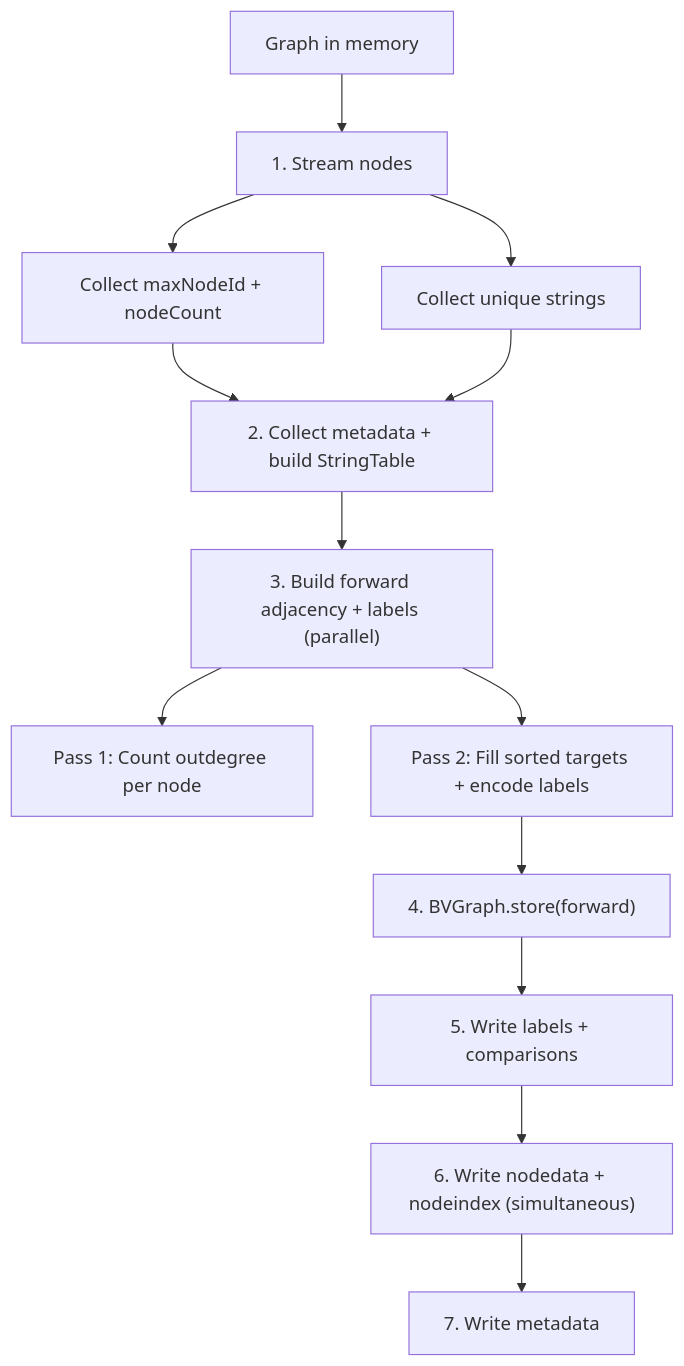
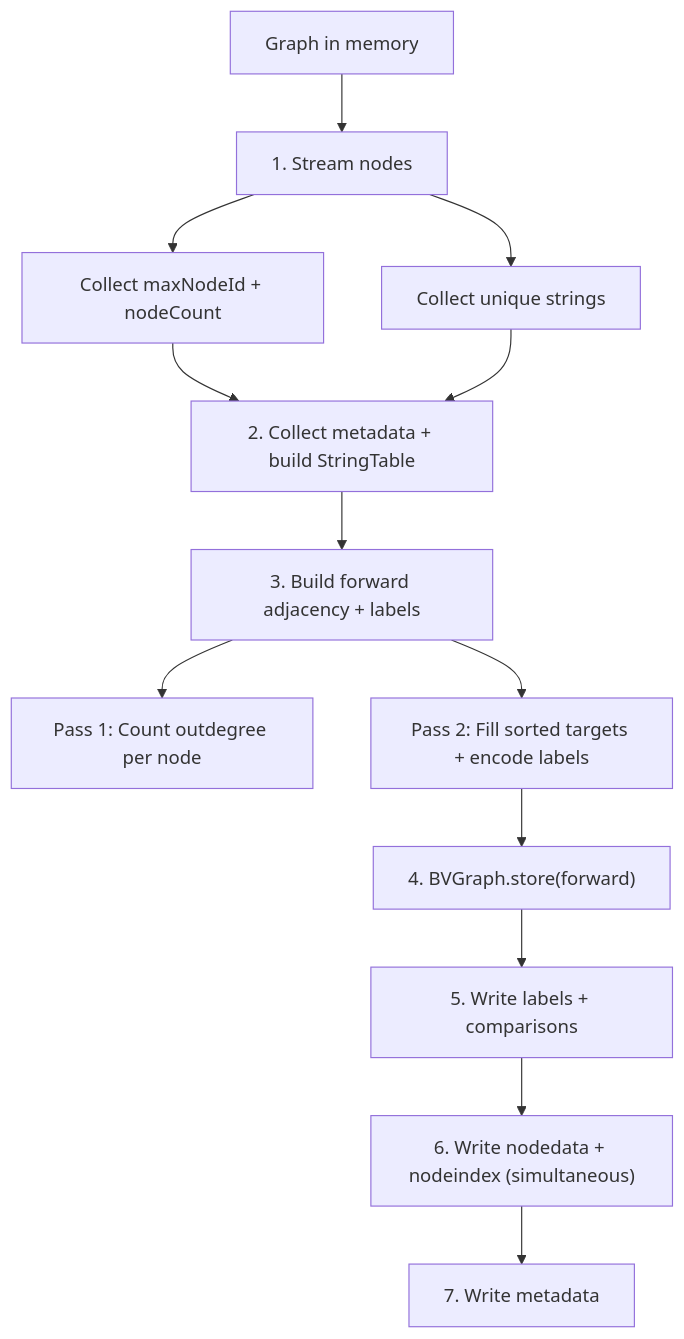
The first of 2 diagrams in docs/webgraph-storage.md (johnsonlee/graphite), drawn with Mermaid before and after one commit. The commit also changed other lines of this file and 3 other files, not shown here.

````diff
--- a/docs/webgraph-storage.md
+++ b/docs/webgraph-storage.md
@@ -56,14 +56,14 @@
 ```mermaid
 graph TD
     A[Graph in memory] --> B[1. Stream nodes]
     B --> B1[Collect maxNodeId + nodeCount]
     B --> B2[Collect unique strings]
     B1 & B2 --> C[2. Collect metadata + build StringTable]
-    C --> D["3. Build forward adjacency + labels (parallel)"]
+    C --> D["3. Build forward adjacency + labels"]
     D --> D1["Pass 1: Count outdegree per node"]
     D --> D2["Pass 2: Fill sorted targets + encode labels"]
     D2 --> E["4. BVGraph.store(forward)"]
     E --> F[5. Write labels + comparisons]
     F --> G["6. Write nodedata + nodeindex (simultaneous)"]
     G --> H[7. Write metadata]
 ```
````
